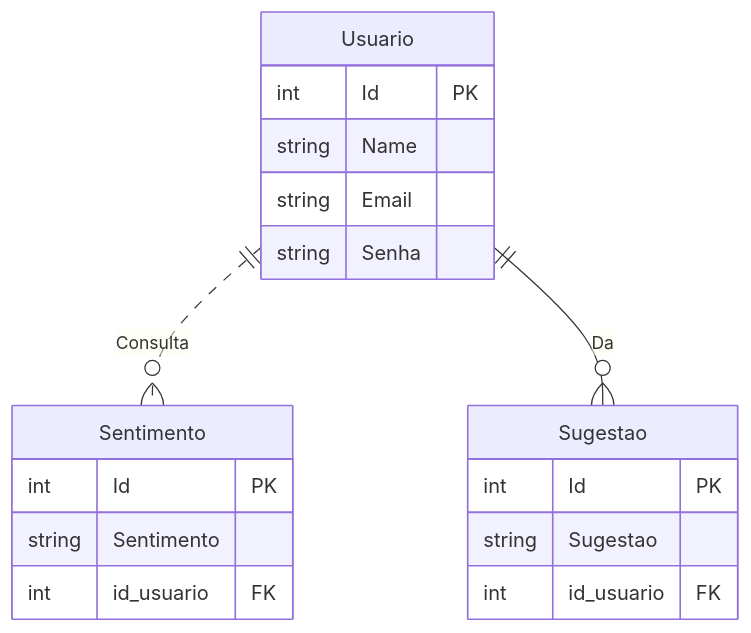
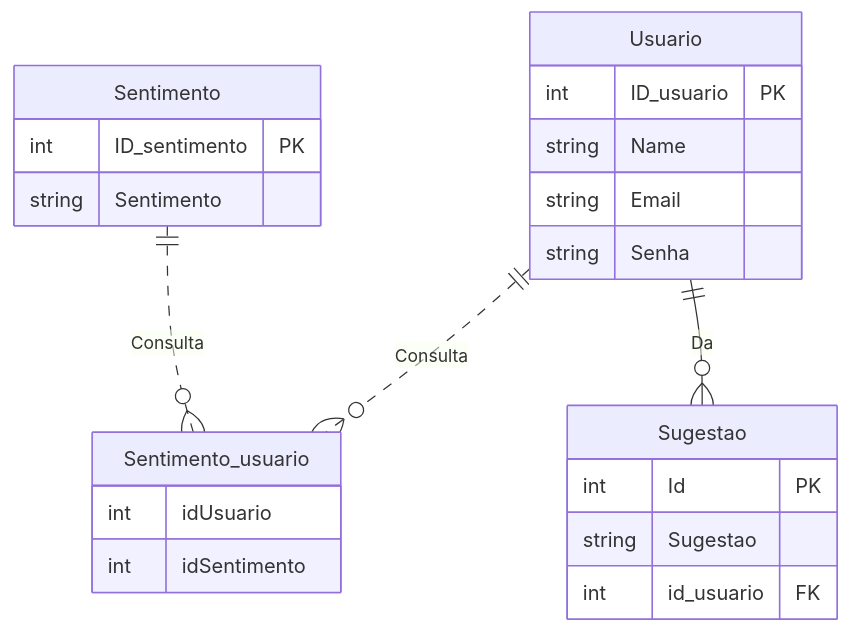
The diagram in database/README.md (HTsuyoshi/GetBy), drawn with Mermaid before and after one commit.

Commit message:
atualização do banco

````diff
--- a/database/README.md
+++ b/database/README.md
@@ -7,23 +7,28 @@
 ```mermaid
 erDiagram
     Usuario {
-        int Id PK
+        int ID_usuario PK
         string Name
         string Email
         string Senha
     }
     Sentimento {
-        int Id PK
+        int ID_sentimento PK
         string Sentimento
-        int id_usuario FK
+    }
+
+    Sentimento_usuario{
+        int idUsuario
+        int idSentimento
     }
 
     Sugestao {
         int Id PK
         string Sugestao
         int id_usuario FK
     }
 
-    Usuario ||..o{ Sentimento : "Consulta"
+    Usuario ||..o{ Sentimento_usuario : "Consulta"
+    Sentimento ||..o{ Sentimento_usuario : "Consulta"
     Usuario ||--o{ Sugestao : "Da"
 ```
````
